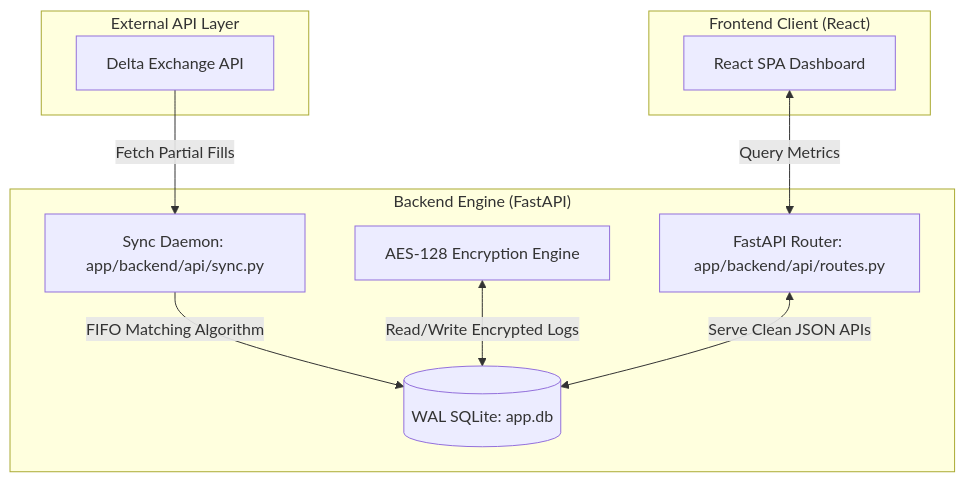
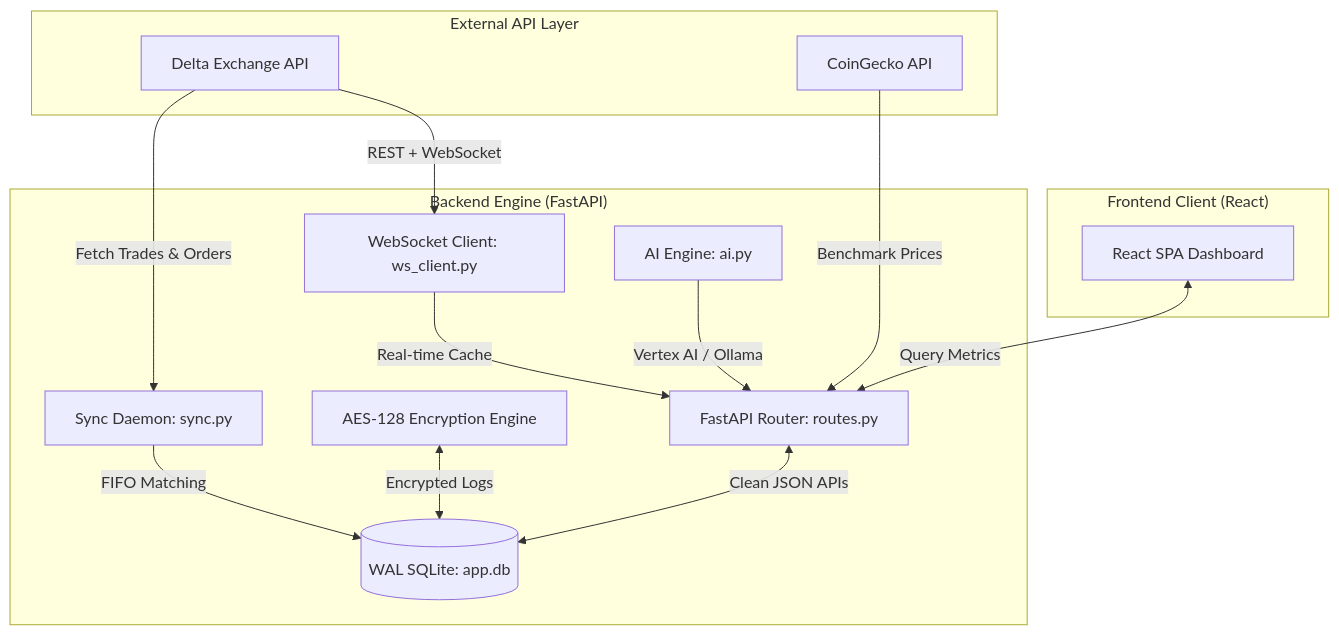
The diagram in README.md (VardhmanSurana/Journal), drawn with Mermaid before and after one commit. The commit also changed other lines of this file, not shown here.

Commit message:
docs: update README with AI analysis, Ollama, WebSocket, statistics, benchmarks, import/export

````diff
--- a/README.md
+++ b/README.md
@@ -64,23 +80,30 @@
 ```mermaid
 graph TD
     subgraph "External API Layer"
         Delta[Delta Exchange API]
+        CG[CoinGecko API]
     end
 
     subgraph "Backend Engine (FastAPI)"
-        Sync[Sync Daemon: app/backend/api/sync.py]
+        WS[WebSocket Client: ws_client.py]
+        Sync[Sync Daemon: sync.py]
         DB[(WAL SQLite: app.db)]
-        API[FastAPI Router: app/backend/api/routes.py]
+        API[FastAPI Router: routes.py]
+        AI[AI Engine: ai.py]
         Crypt[AES-128 Encryption Engine]
     end
 
     subgraph "Frontend Client (React)"
         Dashboard[React SPA Dashboard]
     end
 
-    Delta -->|Fetch Partial Fills| Sync
-    Sync -->|FIFO Matching Algorithm| DB
-    Crypt <-->|Read/Write Encrypted Logs| DB
-    API <-->|Serve Clean JSON APIs| DB
+    Delta -->|REST + WebSocket| WS
+    Delta -->|Fetch Trades & Orders| Sync
+    Sync -->|FIFO Matching| DB
+    WS -->|Real-time Cache| API
+    AI -->|Vertex AI / Ollama| API
+    CG -->|Benchmark Prices| API
+    Crypt <-->|Encrypted Logs| DB
+    API <-->|Clean JSON APIs| DB
     Dashboard <-->|Query Metrics| API
 ```
````
